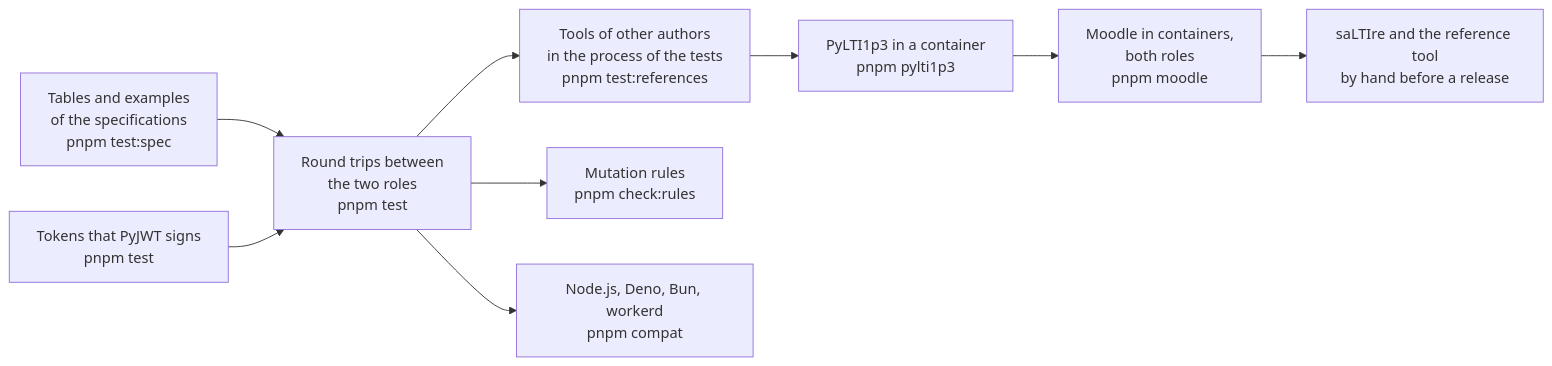
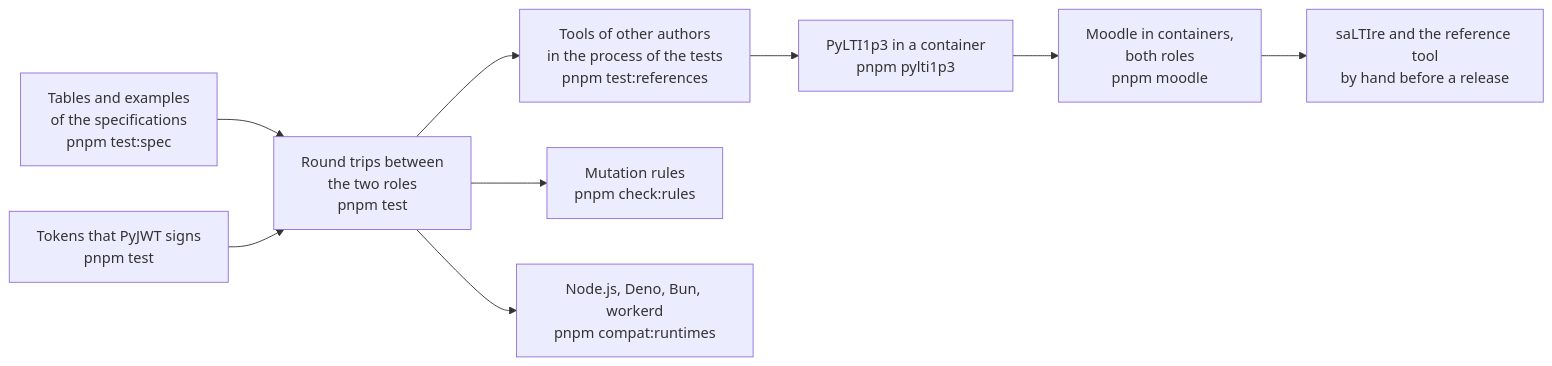
The diagram in docs/tool-integration/evidence.md (interopkit/interopkit), drawn with Mermaid before and after one commit. The commit also changed other lines of this file and 55 other files, not shown here.

First line of the commit message:
Give every guide and README the sections of the skeleton, one Not included table, a table of import rows and the command compat:runtimes, and check them

````diff
--- a/docs/tool-integration/evidence.md
+++ b/docs/tool-integration/evidence.md
@@ -8,11 +8,11 @@
 ```mermaid
 flowchart LR
   spec["Tables and examples<br/>of the specifications<br/>pnpm test:spec"] --> trip["Round trips between<br/>the two roles<br/>pnpm test"]
   tokens["Tokens that PyJWT signs<br/>pnpm test"] --> trip
   trip --> process["Tools of other authors<br/>in the process of the tests<br/>pnpm test:references"]
   process --> py["PyLTI1p3 in a container<br/>pnpm pylti1p3"]
   py --> moodle["Moodle in containers,<br/>both roles<br/>pnpm moodle"]
   moodle --> hand["saLTIre and the reference tool<br/>by hand before a release"]
   trip --> rules["Mutation rules<br/>pnpm check:rules"]
-  trip --> runtimes["Node.js, Deno, Bun, workerd<br/>pnpm compat"]
+  trip --> runtimes["Node.js, Deno, Bun, workerd<br/>pnpm compat:runtimes"]
 ```
````
